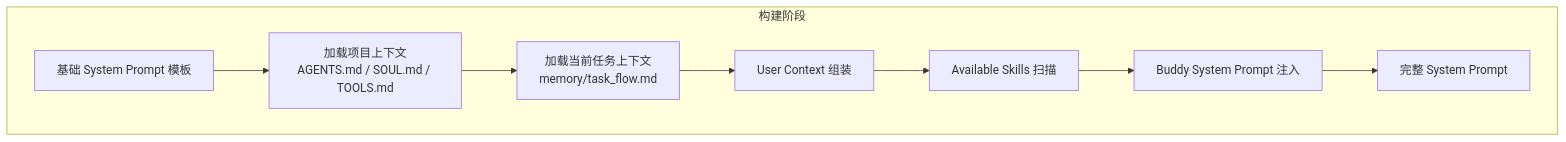
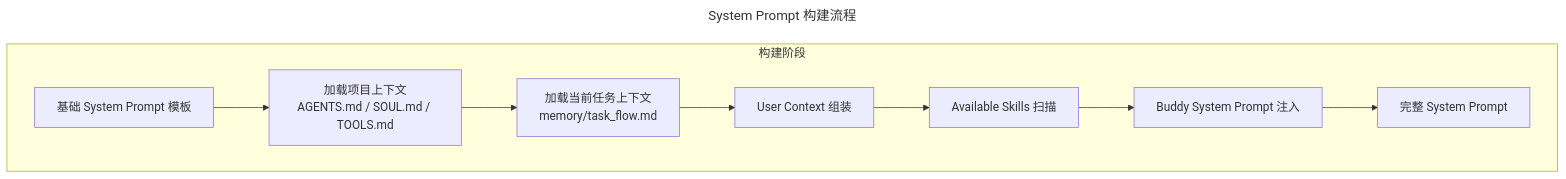
One commit to Taotie2002/claude-code-deep-dive changed the first of 15 diagrams in docs/06-data-flow.md. Above: the diagram before and after it, drawn with Mermaid. The commit also changed other lines of this file and 12 other files, not shown here.

````diff
--- a/docs/06-data-flow.md
+++ b/docs/06-data-flow.md
@@ -13,11 +13,14 @@
 ```mermaid
+---
+title: System Prompt 构建流程
+---
 flowchart TD
     subgraph 构建阶段
         A[基础 System Prompt 模板] --> B[加载项目上下文<br/>AGENTS.md / SOUL.md / TOOLS.md]
         B --> C[加载当前任务上下文<br/>memory/task_flow.md]
         C --> D[User Context 组装]
         D --> E[Available Skills 扫描]
         E --> F[Buddy System Prompt 注入]
         F --> G[完整 System Prompt]
     end
 ```
````
